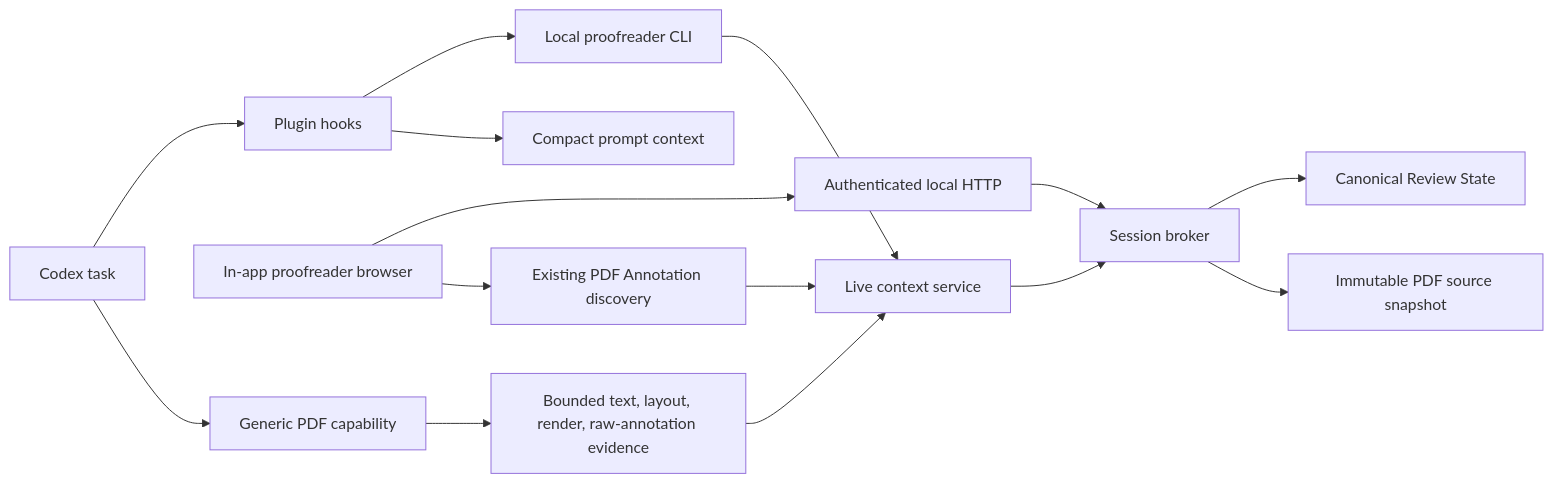
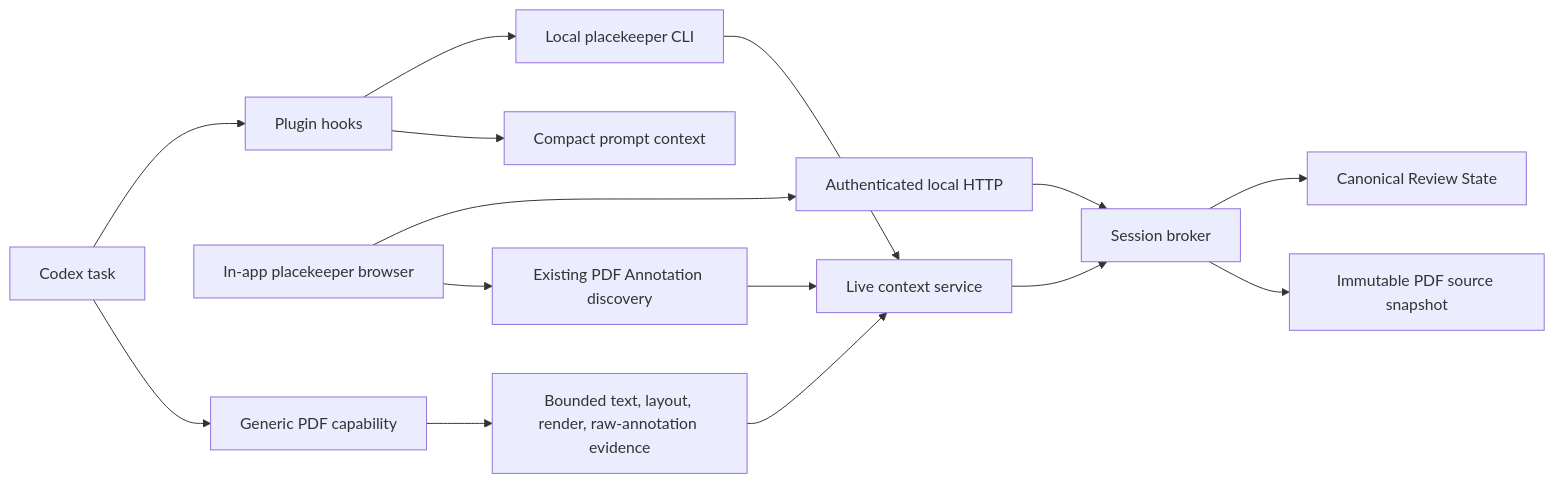
One commit to brad-ross/placekeeper changed the third of 7 diagrams in docs/plans/2026-08-12-001-feat-live-pdf-codex-context-plan.md. Above: the diagram before and after it, drawn with Mermaid. The commit also changed other lines of this file and 107 other files, not shown here.

````diff
--- a/docs/plans/2026-08-12-001-feat-live-pdf-codex-context-plan.md
+++ b/docs/plans/2026-08-12-001-feat-live-pdf-codex-context-plan.md
@@ -265,17 +265,17 @@
 ```mermaid
 flowchart LR
   Task["Codex task"] --> Hooks["Plugin hooks"]
-  Hooks --> CLI["Local proofreader CLI"]
+  Hooks --> CLI["Local placekeeper CLI"]
   CLI --> Context["Live context service"]
   Context --> Broker["Session broker"]
   Broker --> Review["Canonical Review State"]
   Broker --> PDF["Immutable PDF source snapshot"]
-  Browser["In-app proofreader browser"] --> HTTP["Authenticated local HTTP"]
+  Browser["In-app placekeeper browser"] --> HTTP["Authenticated local HTTP"]
   HTTP --> Broker
   Browser --> Existing["Existing PDF Annotation discovery"]
   Existing --> Context
   Hooks --> Envelope["Compact prompt context"]
   Task --> PDFSkill["Generic PDF capability"]
   PDFSkill --> Evidence["Bounded text, layout, render, raw-annotation evidence"]
   Evidence --> Context
 ```
````
